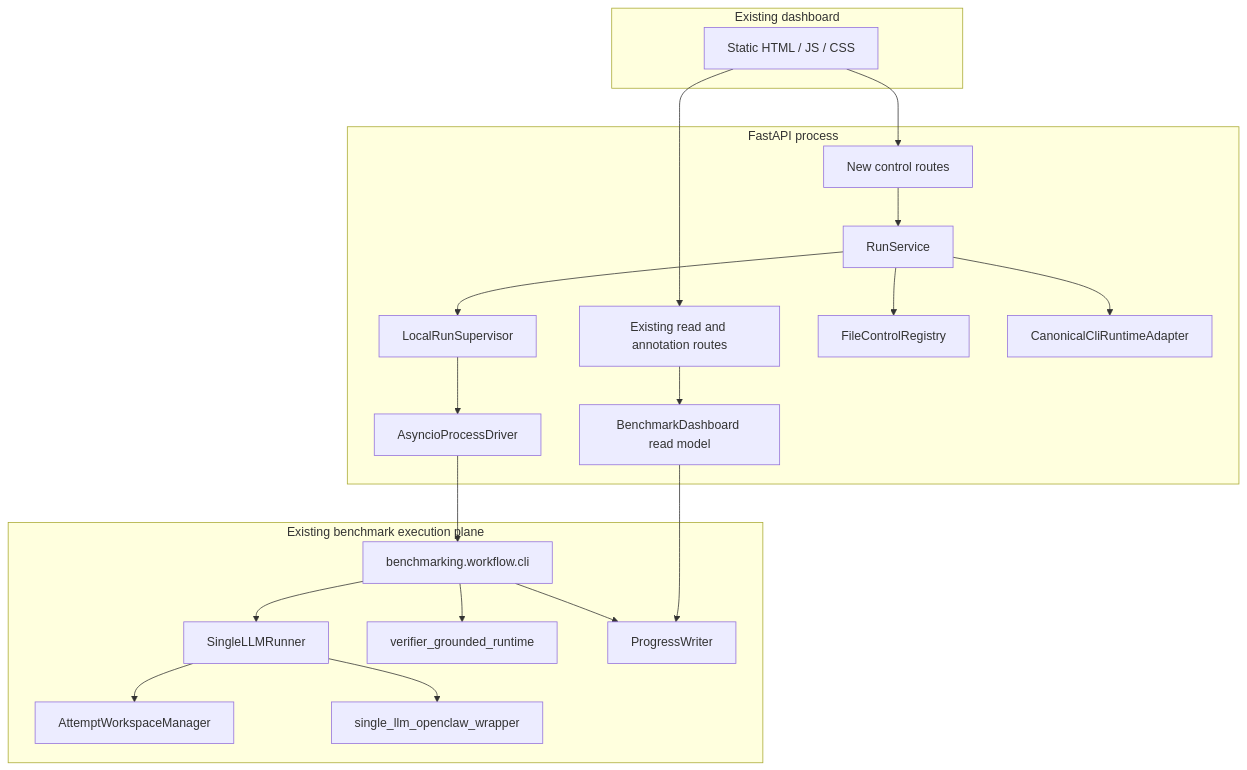
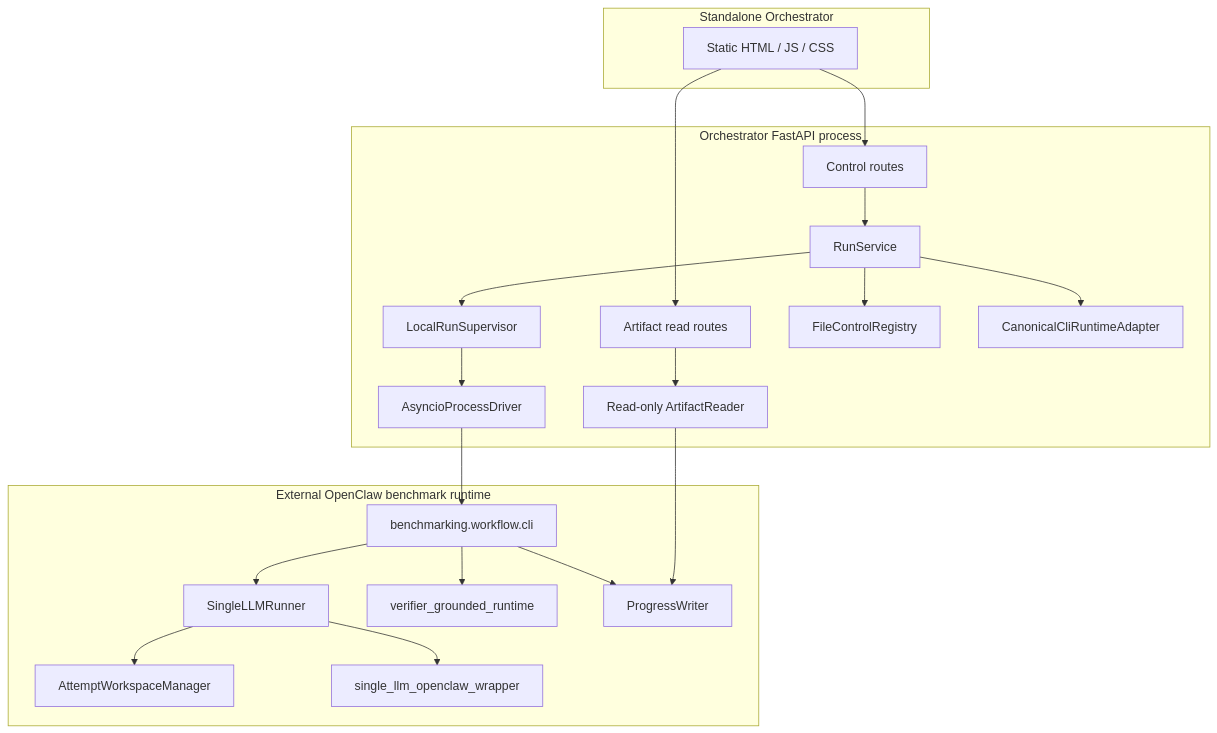
One commit to crystal668-hub/Benchmark-Orchestrator changed the second of 6 diagrams in Architecture_Design.md. Above: the diagram before and after it, drawn with Mermaid. The commit also changed other lines of this file and 2 other files, not shown here.

Commit message:
docs: define standalone orchestrator boundary

````diff
--- a/Architecture_Design.md
+++ b/Architecture_Design.md
@@ -70,42 +73,42 @@
 ```mermaid
 flowchart TB
-    subgraph UI["Existing dashboard"]
+    subgraph UI["Standalone Orchestrator"]
         Static["Static HTML / JS / CSS"]
     end
 
-    subgraph Backend["FastAPI process"]
-        ReadAPI["Existing read and annotation routes"]
-        ControlAPI["New control routes"]
-        Dashboard["BenchmarkDashboard read model"]
+    subgraph Backend["Orchestrator FastAPI process"]
+        ReadAPI["Artifact read routes"]
+        ControlAPI["Control routes"]
+        Dashboard["Read-only ArtifactReader"]
         RunService["RunService"]
         Supervisor["LocalRunSupervisor"]
         Registry["FileControlRegistry"]
         RuntimeAdapter["CanonicalCliRuntimeAdapter"]
         ProcessDriver["AsyncioProcessDriver"]
     end
 
-    subgraph Runtime["Existing benchmark execution plane"]
+    subgraph Runtime["External OpenClaw benchmark runtime"]
         CanonicalCLI["benchmarking.workflow.cli"]
         Runner["SingleLLMRunner"]
         Workspace["AttemptWorkspaceManager"]
         OpenClawWrapper["single_llm_openclaw_wrapper"]
         Scorer["verifier_grounded_runtime"]
         Progress["ProgressWriter"]
     end
 
     Static --> ReadAPI
     Static --> ControlAPI
     ReadAPI --> Dashboard
     ControlAPI --> RunService
     RunService --> Registry
     RunService --> Supervisor
     RunService --> RuntimeAdapter
     Supervisor --> ProcessDriver
     ProcessDriver --> CanonicalCLI
     CanonicalCLI --> Runner
     CanonicalCLI --> Scorer
     CanonicalCLI --> Progress
     Runner --> Workspace
     Runner --> OpenClawWrapper
     Dashboard --> Progress
 ```
````
